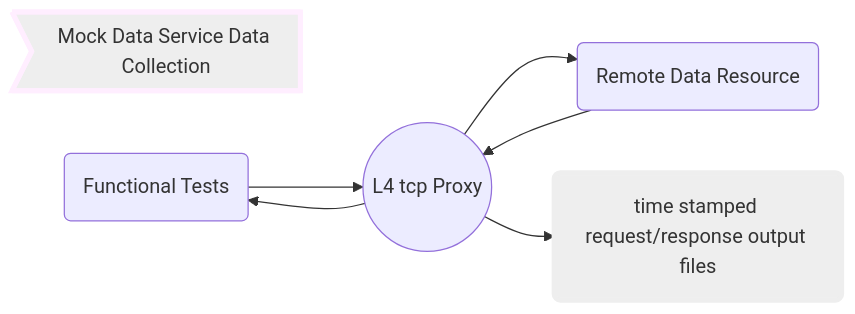
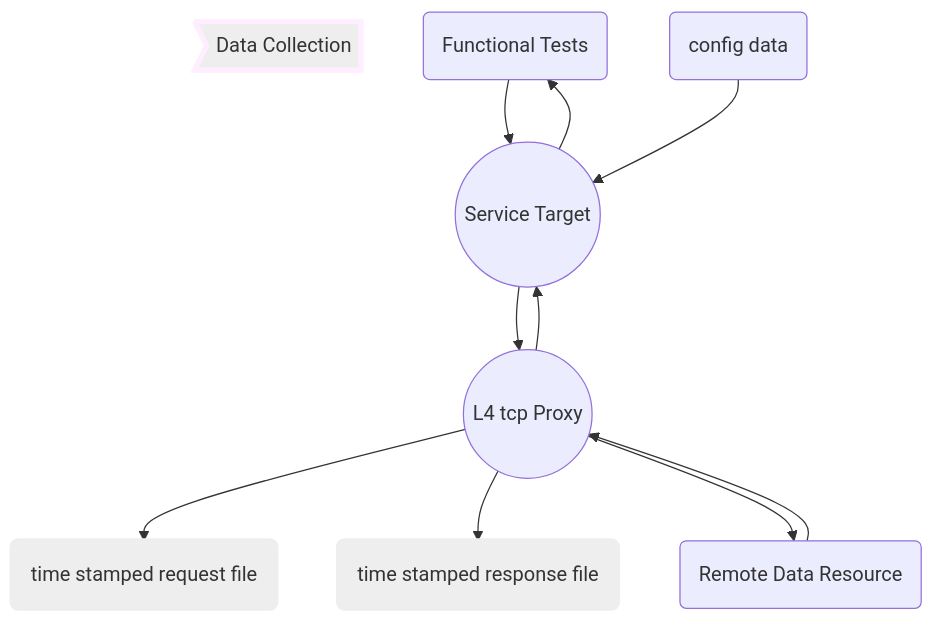
One commit to darrylwest/mock-data-services changed the first of 2 diagrams in data-service-doc.md. Above: the diagram before and after it, drawn with Mermaid. The commit also changed other lines of this file and 1 other file, not shown here.

Commit message:
modified charts to include service target and config

````diff
--- a/data-service-doc.md
+++ b/data-service-doc.md
@@ -7,11 +11,17 @@
 ```mermaid
-graph LR
-id1>Mock Data Service Data Collection]
+graph TD
+id1>Data Collection]
 style id1 fill:#eee,stroke:#fef,stroke-width:4px
-A(Functional Tests) --> B((L4 tcp Proxy)) 
+id2(Functional Tests)
+id2 --> A((Service Target))
+id3(config data) --> A
+A --> id2
+A --> B((L4 tcp Proxy))
 B --> A
+B --> D(time stamped request file)
+style D fill:#eee,stroke:#eee,stroke-width:4px
+B --> E(time stamped response file)
+style E fill:#eee,stroke:#eee,stroke-width:4px
 B --> C(Remote Data Resource)
 C --> B;
-B --> D(time stamped request/response output files)
-style D fill:#eee,stroke:#eee,stroke-width:4px
 ```
````
